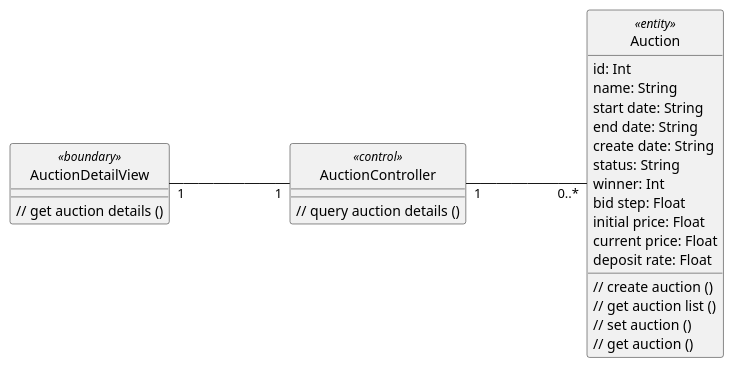
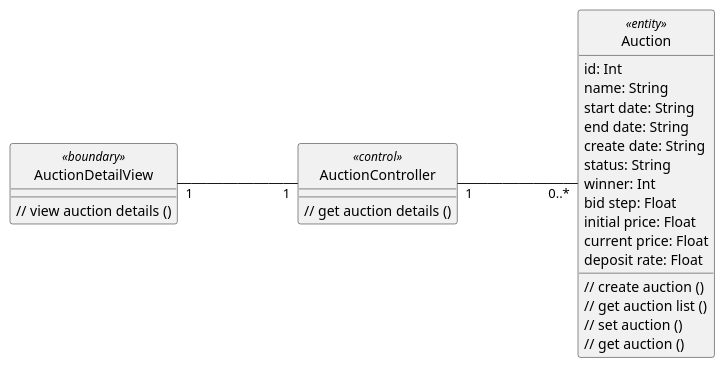
One commit to anhbanlinhle/velocity-exchange changed the diagram in uml/analysis/class/view_auction_information.pu. Above: the diagram before and after it, drawn with PlantUML.

Commit message:
doc[lynn]: analysis vopc no. 7

```diff
--- a/uml/analysis/class/view_auction_information.pu
+++ b/uml/analysis/class/view_auction_information.pu
@@ -1,43 +1,43 @@
 @startuml 
 left to right direction
 skinparam classAttributeIconSize 0
 skinparam linetype ortho
 hide circle
 class AuctionDetailView <<boundary>> {
 
-    // get auction details ()
+    // view auction details ()
 
     }
 
 class AuctionController <<control>> {
     
-    // query auction details ()
+    // get auction details ()
 
     }
 
 class Auction <<entity>> {
     id: Int
     name: String
     start date: String
     end date: String
     create date: String
     status: String
     winner: Int
     bid step: Float
     initial price: Float
     current price: Float
     deposit rate: Float
     // create auction ()
     // get auction list ()
     // set auction ()
     // get auction ()
 
     }
 
 
 AuctionDetailView "1" --- "1" AuctionController
 
 AuctionController "1" --- "0..*" Auction
 
 
 @enduml
```
